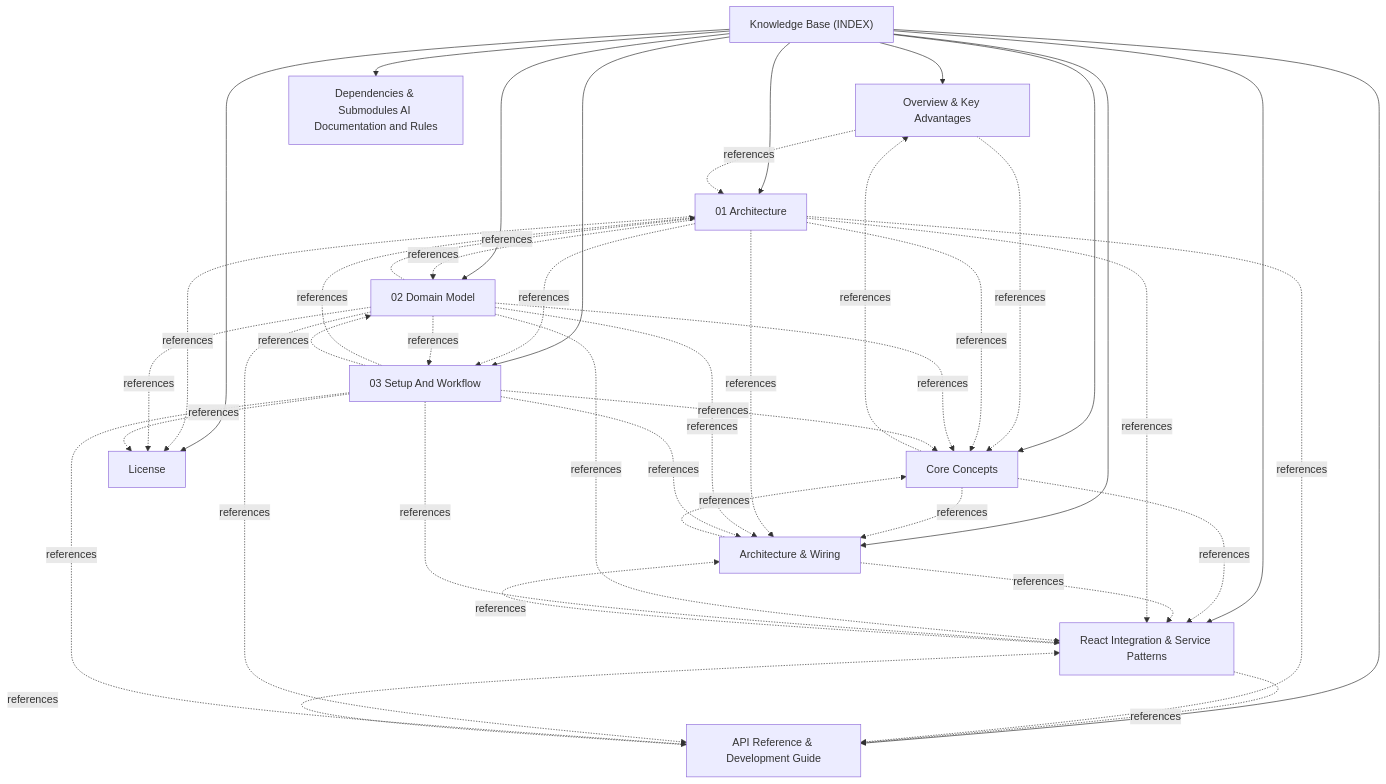
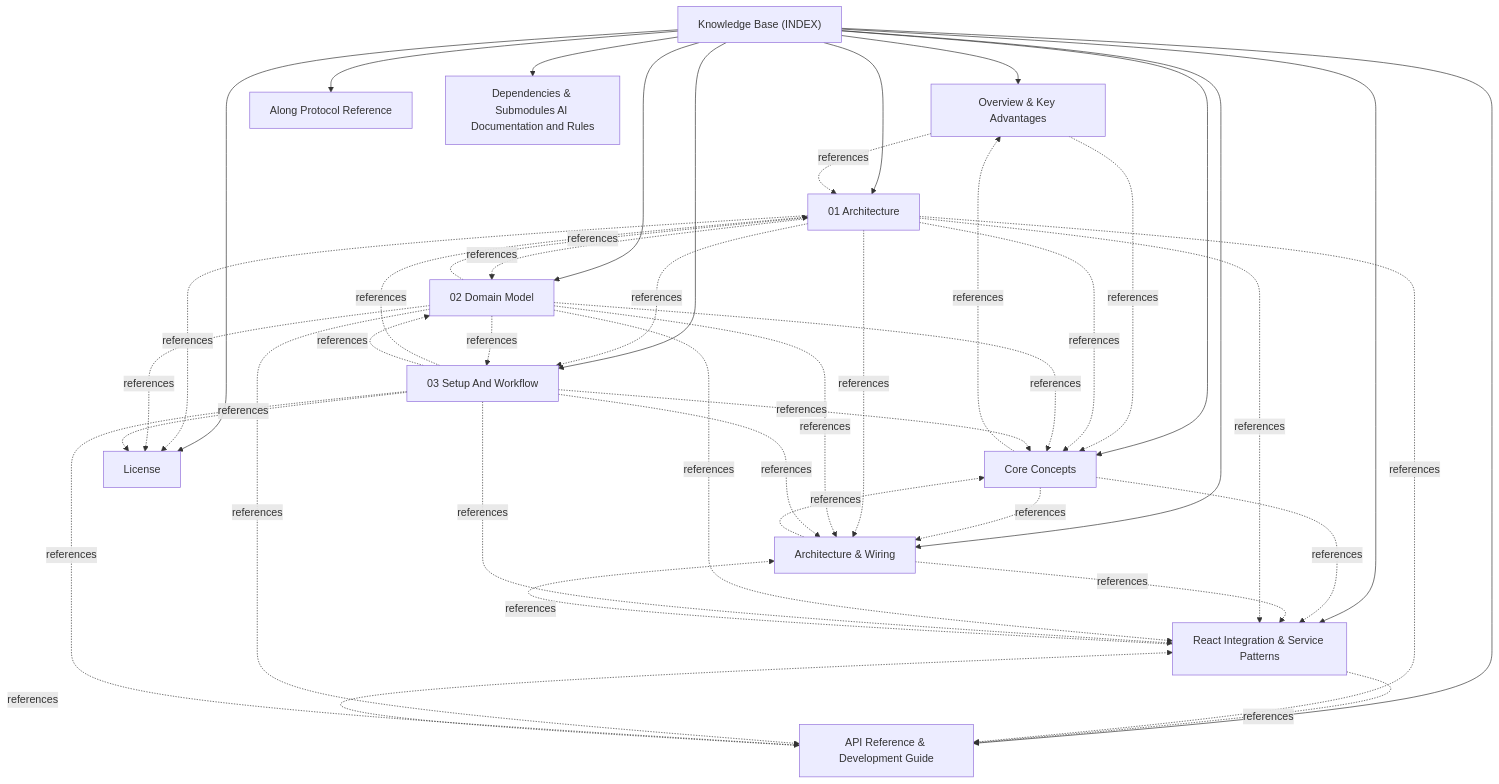
One commit to actdim/dynstruct changed the diagram in docs/INDEX.md. Above: the diagram before and after it, drawn with Mermaid. The commit also changed other lines of this file and 19 other files, not shown here.

````diff
--- a/docs/INDEX.md
+++ b/docs/INDEX.md
@@ -17,55 +17,57 @@
 ```mermaid
 flowchart TD
     INDEX["Knowledge Base (INDEX)"]
     T_01_OVERVIEW_AND_ADVANTAGES["Overview & Key Advantages"]
     INDEX --> T_01_OVERVIEW_AND_ADVANTAGES
     T_02_CORE_CONCEPTS["Core Concepts"]
     INDEX --> T_02_CORE_CONCEPTS
     T_03__ARCHITECTURE____ARCHITECTURE_MD__AND_WIRING["Architecture & Wiring"]
     INDEX --> T_03__ARCHITECTURE____ARCHITECTURE_MD__AND_WIRING
     T_04_REACT_INTEGRATION["React Integration & Service Patterns"]
     INDEX --> T_04_REACT_INTEGRATION
     T_05_API_REFERENCE["API Reference & Development Guide"]
     INDEX --> T_05_API_REFERENCE
+    T_ALONG_PROTOCOL["Along Protocol Reference"]
+    INDEX --> T_ALONG_PROTOCOL
     T_ARCHITECTURE["01 Architecture"]
     INDEX --> T_ARCHITECTURE
     T_DEPENDENCIES["Dependencies & Submodules AI Documentation and Rules"]
     INDEX --> T_DEPENDENCIES
     T_DOMAIN_MODEL["02 Domain Model"]
     INDEX --> T_DOMAIN_MODEL
     T_LICENSE["License"]
     INDEX --> T_LICENSE
     T_SETUP_AND_WORKFLOW["03 Setup And Workflow"]
     INDEX --> T_SETUP_AND_WORKFLOW
     T_01_OVERVIEW_AND_ADVANTAGES -.->|references| T_02_CORE_CONCEPTS
     T_01_OVERVIEW_AND_ADVANTAGES -.->|references| T_ARCHITECTURE
     T_02_CORE_CONCEPTS -.->|references| T_01_OVERVIEW_AND_ADVANTAGES
     T_02_CORE_CONCEPTS -.->|references| T_03__ARCHITECTURE____ARCHITECTURE_MD__AND_WIRING
     T_02_CORE_CONCEPTS -.->|references| T_04_REACT_INTEGRATION
     T_03__ARCHITECTURE____ARCHITECTURE_MD__AND_WIRING -.->|references| T_02_CORE_CONCEPTS
     T_03__ARCHITECTURE____ARCHITECTURE_MD__AND_WIRING -.->|references| T_04_REACT_INTEGRATION
     T_04_REACT_INTEGRATION -.->|references| T_03__ARCHITECTURE____ARCHITECTURE_MD__AND_WIRING
     T_04_REACT_INTEGRATION -.->|references| T_05_API_REFERENCE
     T_05_API_REFERENCE -.->|references| T_04_REACT_INTEGRATION
     T_ARCHITECTURE -.->|references| T_02_CORE_CONCEPTS
     T_ARCHITECTURE -.->|references| T_03__ARCHITECTURE____ARCHITECTURE_MD__AND_WIRING
     T_ARCHITECTURE -.->|references| T_04_REACT_INTEGRATION
     T_ARCHITECTURE -.->|references| T_05_API_REFERENCE
     T_ARCHITECTURE -.->|references| T_DOMAIN_MODEL
     T_ARCHITECTURE -.->|references| T_SETUP_AND_WORKFLOW
     T_ARCHITECTURE -.->|references| T_LICENSE
     T_DOMAIN_MODEL -.->|references| T_ARCHITECTURE
     T_DOMAIN_MODEL -.->|references| T_02_CORE_CONCEPTS
     T_DOMAIN_MODEL -.->|references| T_03__ARCHITECTURE____ARCHITECTURE_MD__AND_WIRING
     T_DOMAIN_MODEL -.->|references| T_04_REACT_INTEGRATION
     T_DOMAIN_MODEL -.->|references| T_05_API_REFERENCE
     T_DOMAIN_MODEL -.->|references| T_SETUP_AND_WORKFLOW
     T_DOMAIN_MODEL -.->|references| T_LICENSE
     T_SETUP_AND_WORKFLOW -.->|references| T_ARCHITECTURE
     T_SETUP_AND_WORKFLOW -.->|references| T_DOMAIN_MODEL
     T_SETUP_AND_WORKFLOW -.->|references| T_02_CORE_CONCEPTS
     T_SETUP_AND_WORKFLOW -.->|references| T_03__ARCHITECTURE____ARCHITECTURE_MD__AND_WIRING
     T_SETUP_AND_WORKFLOW -.->|references| T_04_REACT_INTEGRATION
     T_SETUP_AND_WORKFLOW -.->|references| T_05_API_REFERENCE
     T_SETUP_AND_WORKFLOW -.->|references| T_LICENSE
 ```
````
